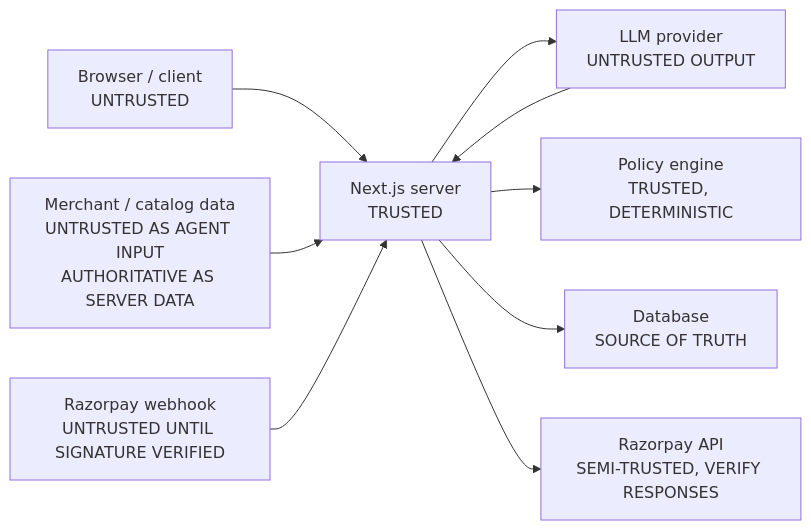
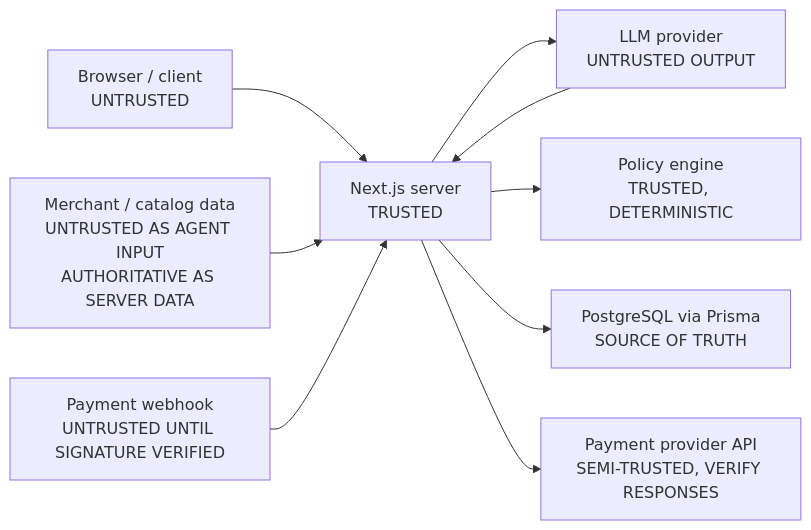
Before and after one commit to TanmaySingh2711/razorpay-agentic-commerce: the diagram in docs/06-security-and-trust-boundaries.md, drawn with Mermaid. The commit also changed other lines of this file and 134 other files, not shown here.

````diff
--- a/docs/06-security-and-trust-boundaries.md
+++ b/docs/06-security-and-trust-boundaries.md
@@ -5,11 +34,11 @@
 ```mermaid
 graph LR
   B["Browser / client<br/>UNTRUSTED"] --> S["Next.js server<br/>TRUSTED"]
   L["LLM provider<br/>UNTRUSTED OUTPUT"] --> S
   S --> L
   M["Merchant / catalog data<br/>UNTRUSTED AS AGENT INPUT<br/>AUTHORITATIVE AS SERVER DATA"] --> S
   S --> P["Policy engine<br/>TRUSTED, DETERMINISTIC"]
-  S --> DB["Database<br/>SOURCE OF TRUTH"]
-  S --> R["Razorpay API<br/>SEMI-TRUSTED, VERIFY RESPONSES"]
-  W["Razorpay webhook<br/>UNTRUSTED UNTIL SIGNATURE VERIFIED"] --> S
+  S --> DB["PostgreSQL via Prisma<br/>SOURCE OF TRUTH"]
+  S --> R["Payment provider API<br/>SEMI-TRUSTED, VERIFY RESPONSES"]
+  W["Payment webhook<br/>UNTRUSTED UNTIL SIGNATURE VERIFIED"] --> S
 ```
````
